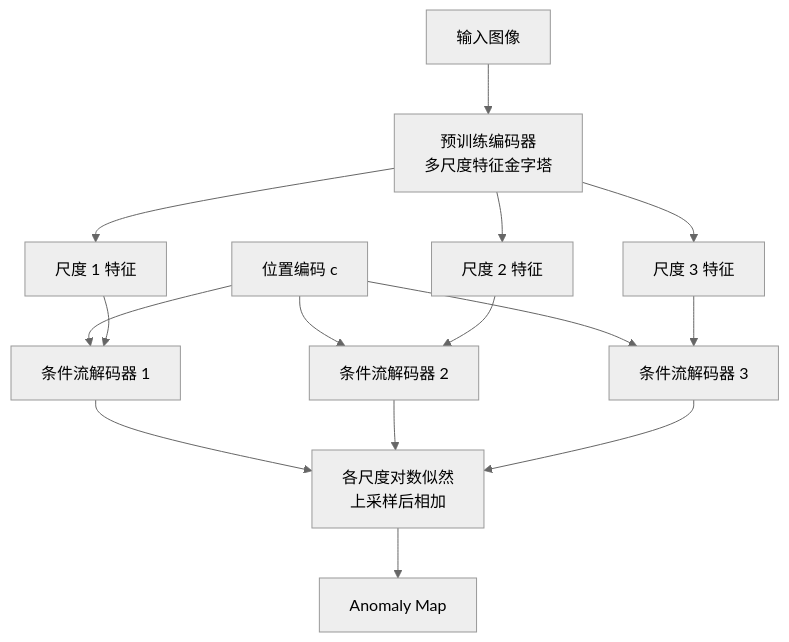
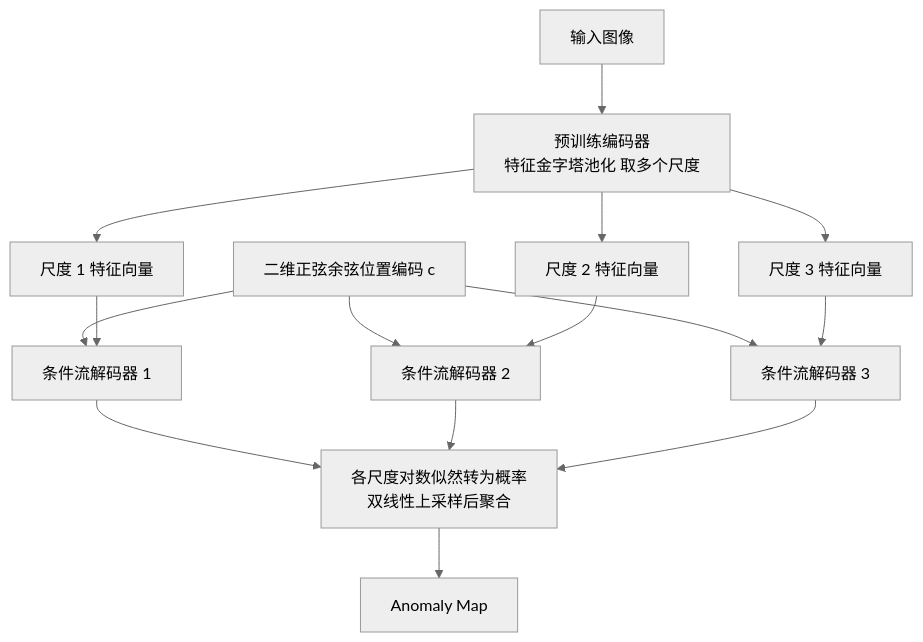
The diagram in docs/bk/0735_paper_CFlow.md (junxnone/aiwiki), drawn with Mermaid (neutral theme) before and after one commit. The commit also changed other lines of this file and 1 other file, not shown here.

````diff
--- a/docs/bk/0735_paper_CFlow.md
+++ b/docs/bk/0735_paper_CFlow.md
@@ -44,17 +57,17 @@
 ``` mermaid
 graph TD
-    X["输入图像"] --> E["预训练编码器<br/>多尺度特征金字塔"]
-    E --> F1["尺度 1 特征"]
-    E --> F2["尺度 2 特征"]
-    E --> F3["尺度 3 特征"]
-    PE["位置编码 c"] --> D1["条件流解码器 1"]
+    X["输入图像"] --> E["预训练编码器<br/>特征金字塔池化 取多个尺度"]
+    E --> F1["尺度 1 特征向量"]
+    E --> F2["尺度 2 特征向量"]
+    E --> F3["尺度 3 特征向量"]
+    PE["二维正弦余弦位置编码 c"] --> D1["条件流解码器 1"]
     PE --> D2["条件流解码器 2"]
     PE --> D3["条件流解码器 3"]
     F1 --> D1
     F2 --> D2
     F3 --> D3
-    D1 --> L["各尺度对数似然<br/>上采样后相加"]
+    D1 --> L["各尺度对数似然转为概率<br/>双线性上采样后聚合"]
     D2 --> L
     D3 --> L
     L --> A["Anomaly Map"]
 ```
````
